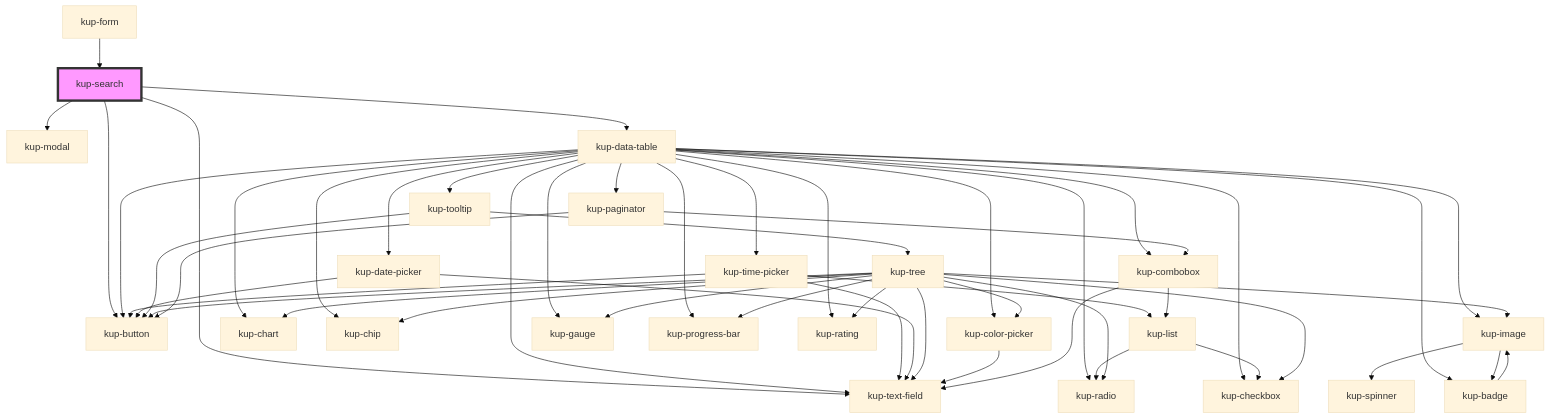
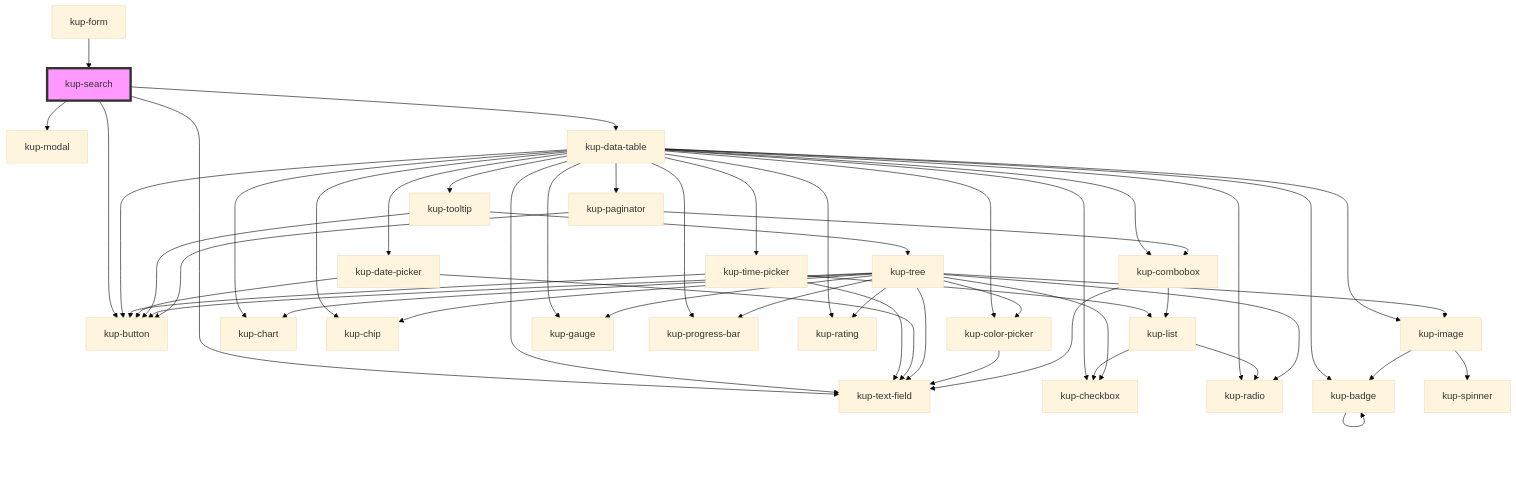
One commit to smeup/ketchup changed the diagram in packages/ketchup/src/components/kup-search/readme.md. Above: the diagram before and after it, drawn with Mermaid (base theme). The commit also changed 11 other files, not shown here.

Commit message:
Removed kup-image from badge.

````diff
--- a/packages/ketchup/src/components/kup-search/readme.md
+++ b/packages/ketchup/src/components/kup-search/readme.md
@@ -43,54 +43,54 @@
 ```mermaid
 graph TD;
   kup-search --> kup-text-field
   kup-search --> kup-button
   kup-search --> kup-modal
   kup-search --> kup-data-table
   kup-data-table --> kup-text-field
   kup-data-table --> kup-time-picker
   kup-data-table --> kup-date-picker
   kup-data-table --> kup-checkbox
   kup-data-table --> kup-button
   kup-data-table --> kup-tooltip
   kup-data-table --> kup-image
   kup-data-table --> kup-chart
   kup-data-table --> kup-chip
   kup-data-table --> kup-color-picker
   kup-data-table --> kup-gauge
   kup-data-table --> kup-progress-bar
   kup-data-table --> kup-rating
   kup-data-table --> kup-radio
   kup-data-table --> kup-paginator
   kup-data-table --> kup-combobox
   kup-data-table --> kup-badge
   kup-time-picker --> kup-text-field
   kup-time-picker --> kup-button
   kup-time-picker --> kup-list
   kup-list --> kup-radio
   kup-list --> kup-checkbox
   kup-date-picker --> kup-text-field
   kup-date-picker --> kup-button
   kup-tooltip --> kup-button
   kup-tooltip --> kup-tree
   kup-tree --> kup-image
   kup-tree --> kup-button
   kup-tree --> kup-chart
   kup-tree --> kup-checkbox
   kup-tree --> kup-chip
   kup-tree --> kup-color-picker
   kup-tree --> kup-gauge
   kup-tree --> kup-progress-bar
   kup-tree --> kup-rating
   kup-tree --> kup-radio
   kup-tree --> kup-text-field
   kup-image --> kup-spinner
   kup-image --> kup-badge
-  kup-badge --> kup-image
+  kup-badge --> kup-badge
   kup-color-picker --> kup-text-field
   kup-paginator --> kup-button
   kup-paginator --> kup-combobox
   kup-combobox --> kup-text-field
   kup-combobox --> kup-list
   kup-form --> kup-search
   style kup-search fill:#f9f,stroke:#333,stroke-width:4px
 ```
````
